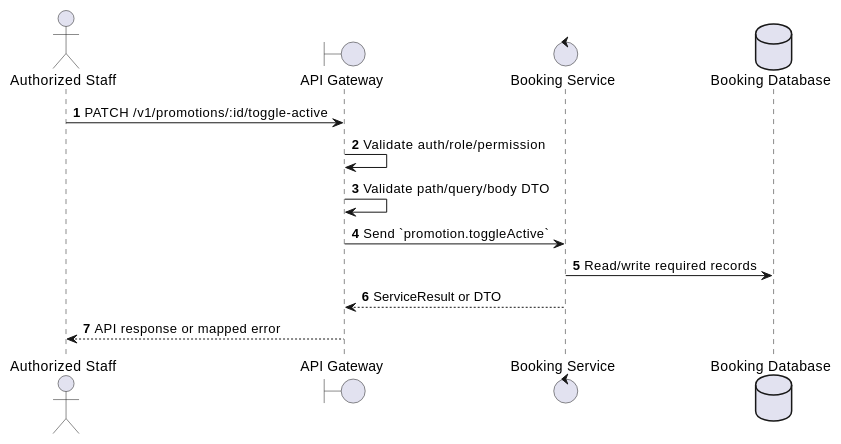
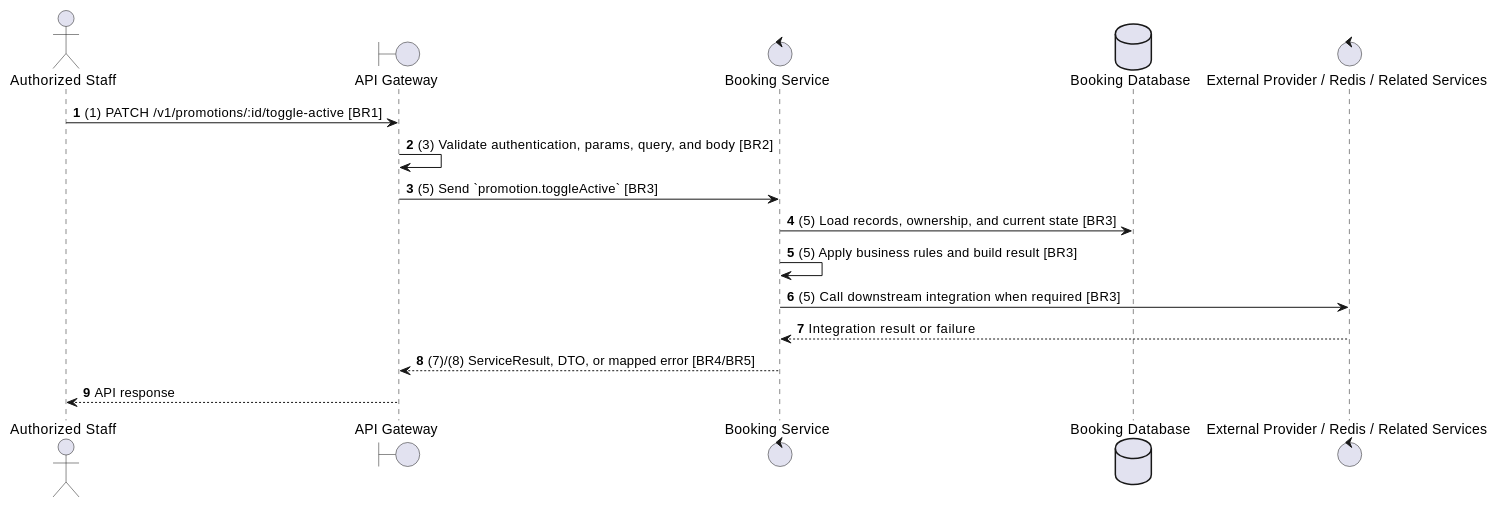
The second of 2 diagrams in docs/functional_specs/3.10_Promotions_Discounts_Module/PM-08_Toggle_Promotion_Active.md (Tanh1603/movie-hub-architecture), drawn with PlantUML before and after one commit. The commit also changed other lines of this file and 129 other files, not shown here.

````diff
--- a/docs/functional_specs/3.10_Promotions_Discounts_Module/PM-08_Toggle_Promotion_Active.md
+++ b/docs/functional_specs/3.10_Promotions_Discounts_Module/PM-08_Toggle_Promotion_Active.md
@@ -17,17 +64,20 @@
 ```plantuml
 @startuml
 autonumber
 actor "Authorized Staff" as Actor
 boundary "API Gateway" as GW
 control "Booking Service" as SVC
 database "Booking Database" as DB
+control "External Provider / Redis / Related Services" as EXT
 
-Actor -> GW: PATCH /v1/promotions/:id/toggle-active
-GW -> GW: Validate auth/role/permission
-GW -> GW: Validate path/query/body DTO
-GW -> SVC: Send `promotion.toggleActive`
-SVC -> DB: Read/write required records
-SVC --> GW: ServiceResult or DTO
-GW --> Actor: API response or mapped error
+Actor -> GW: (1) PATCH /v1/promotions/:id/toggle-active [BR1]
+GW -> GW: (3) Validate authentication, params, query, and body [BR2]
+GW -> SVC: (5) Send `promotion.toggleActive` [BR3]
+SVC -> DB: (5) Load records, ownership, and current state [BR3]
+SVC -> SVC: (5) Apply business rules and build result [BR3]
+SVC -> EXT: (5) Call downstream integration when required [BR3]
+EXT --> SVC: Integration result or failure
+SVC --> GW: (7)/(8) ServiceResult, DTO, or mapped error [BR4/BR5]
+GW --> Actor: API response
 @enduml
 ```
````
